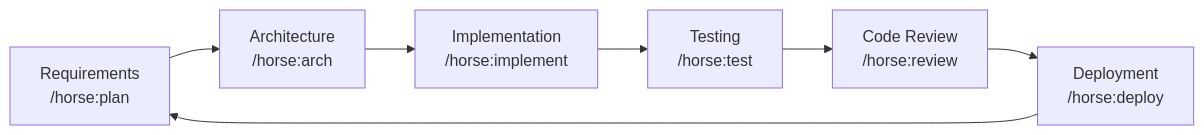
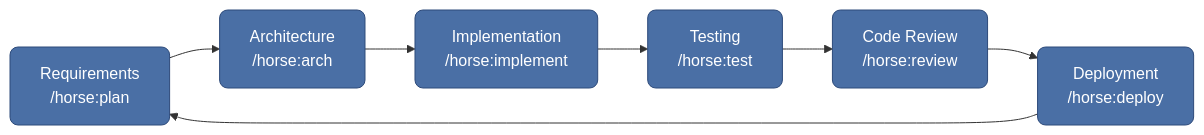
One commit to edlovesjava/horse-sense changed the diagram in README.md. Above: the diagram before and after it, drawn with Mermaid. The commit also changed other lines of this file and 21 other files, not shown here.

````diff
--- a/README.md
+++ b/README.md
@@ -120,9 +122,11 @@
 ```mermaid
 flowchart LR
-    R[Requirements\n/horse:plan] --> A[Architecture\n/horse:arch]
-    A --> I[Implementation\n/horse:implement]
-    I --> T[Testing\n/horse:test]
-    T --> CR[Code Review\n/horse:review]
-    CR --> D[Deployment\n/horse:deploy]
+    R["Requirements\n/horse:plan"]:::phase --> A["Architecture\n/horse:arch"]:::phase
+    A --> I["Implementation\n/horse:implement"]:::phase
+    I --> T["Testing\n/horse:test"]:::phase
+    T --> CR["Code Review\n/horse:review"]:::phase
+    CR --> D["Deployment\n/horse:deploy"]:::phase
     D --> R
+
+    classDef phase fill:#4a6fa5,stroke:#2d4a7a,color:#fff,rx:8
 ```
````
